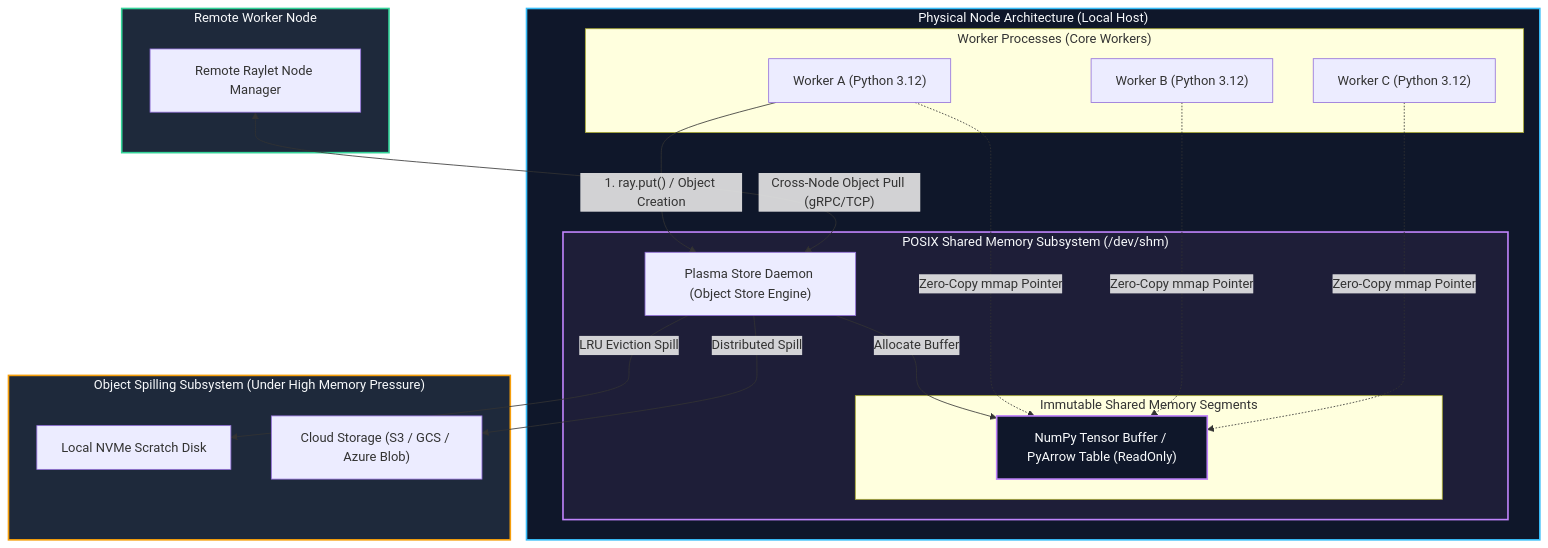
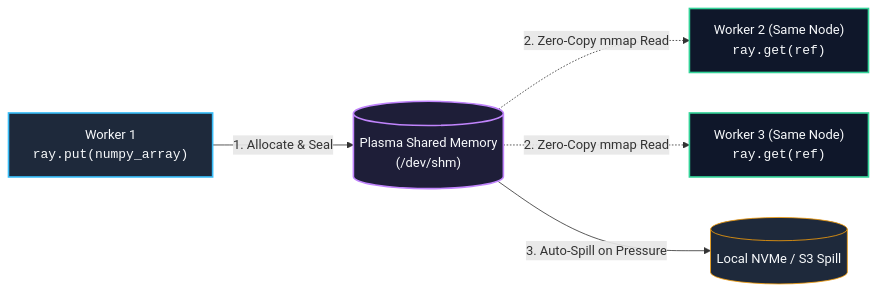
One commit to dnf0/raylings changed the diagram in docs/guides/03-object-store.md. Above: the diagram before and after it, drawn with Mermaid. The commit also changed other lines of this file and 22 other files, not shown here.

Commit message:
docs: streamline mermaid diagrams and attach conceptual walkthroughs (#26)

````diff
--- a/docs/guides/03-object-store.md
+++ b/docs/guides/03-object-store.md
@@ -17,39 +17,13 @@
 ```mermaid
-flowchart TD
-    subgraph NodeHost["Physical Node Architecture (Local Host)"]
-        subgraph Workers["Worker Processes (Core Workers)"]
-            W1["Worker A (Python 3.12)"]
-            W2["Worker B (Python 3.12)"]
-            W3["Worker C (Python 3.12)"]
-        end
+flowchart LR
+    Worker1["Worker 1<br/><code>ray.put(numpy_array)</code>"] -->|"1. Allocate & Seal"| Plasma[("Plasma Shared Memory<br/>(/dev/shm)")]
+    Plasma -.->|"2. Zero-Copy mmap Read"| Worker2["Worker 2 (Same Node)<br/><code>ray.get(ref)</code>"]
+    Plasma -.->|"2. Zero-Copy mmap Read"| Worker3["Worker 3 (Same Node)<br/><code>ray.get(ref)</code>"]
+    Plasma -->|"3. Auto-Spill on Pressure"| Disk[("Local NVMe / S3 Spill")]
 
-        subgraph PlasmaMemory["POSIX Shared Memory Subsystem (/dev/shm)"]
-            PS_Daemon["Plasma Store Daemon (Object Store Engine)"]
-            subgraph ShmBuffers["Immutable Shared Memory Segments"]
-                Buf1["NumPy Tensor Buffer / PyArrow Table (ReadOnly)"]
-            end
-        end
-
-        W1 -->|"1. ray.put() / Object Creation"| PS_Daemon
-        PS_Daemon -->|"Allocate Buffer"| Buf1
-        W1 -.->|"Zero-Copy mmap Pointer"| Buf1
-        W2 -.->|"Zero-Copy mmap Pointer"| Buf1
-        W3 -.->|"Zero-Copy mmap Pointer"| Buf1
-    end
-
-    subgraph Spilling["Object Spilling Subsystem (Under High Memory Pressure)"]
-        PS_Daemon -->|"LRU Eviction Spill"| LocalSSD["Local NVMe Scratch Disk"]
-        PS_Daemon -->|"Distributed Spill"| CloudS3["Cloud Storage (S3 / GCS / Azure Blob)"]
-    end
-
-    subgraph RemoteCluster["Remote Worker Node"]
-        RemoteRaylet["Remote Raylet Node Manager"]
-        RemoteRaylet <-->|"Cross-Node Object Pull (gRPC/TCP)"| PS_Daemon
-    end
-
-    style NodeHost fill:#0f172a,stroke:#38bdf8,stroke-width:2px,color:#f8fafc
-    style PlasmaMemory fill:#1e1e38,stroke:#c084fc,stroke-width:2px,color:#f8fafc
-    style Spilling fill:#1e293b,stroke:#f59e0b,stroke-width:2px,color:#f8fafc
-    style RemoteCluster fill:#1e293b,stroke:#34d399,stroke-width:2px,color:#f8fafc
-    style Buf1 fill:#0f172a,stroke:#c084fc,stroke-width:2px,color:#f8fafc
+    style Worker1 fill:#1e293b,stroke:#38bdf8,stroke-width:2px,color:#f8fafc
+    style Plasma fill:#1e1e38,stroke:#c084fc,stroke-width:2px,color:#f8fafc
+    style Worker2 fill:#0f172a,stroke:#34d399,stroke-width:2px,color:#f8fafc
+    style Worker3 fill:#0f172a,stroke:#34d399,stroke-width:2px,color:#f8fafc
+    style Disk fill:#1e293b,stroke:#f59e0b,stroke-width:1px,color:#f8fafc
 ```
````
